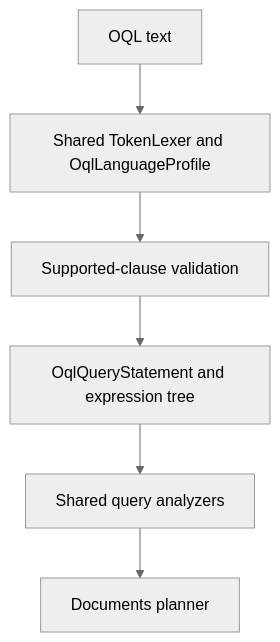
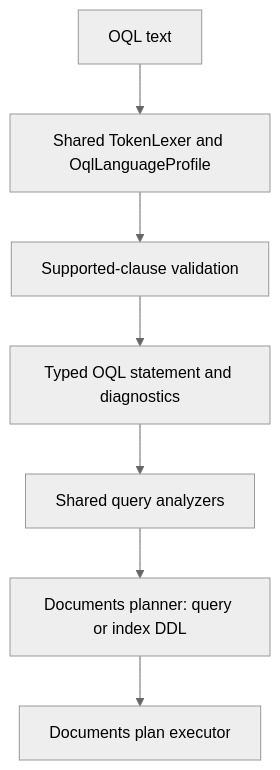
The diagram in resources/Database/Assimalign.Cohesion.Database.Documents.Language/docs/DESIGN.md (assimalign/cohesion), drawn with Mermaid (neutral theme) before and after one commit. The commit also changed other lines of this file and 32 other files, not shown here.

````diff
--- a/resources/Database/Assimalign.Cohesion.Database.Documents.Language/docs/DESIGN.md
+++ b/resources/Database/Assimalign.Cohesion.Database.Documents.Language/docs/DESIGN.md
@@ -19,8 +22,9 @@
 ```mermaid
 flowchart TD
     Src["OQL text"] --> Lex["Shared TokenLexer and OqlLanguageProfile"]
     Lex --> Cap["Supported-clause validation"]
-    Cap --> Ast["OqlQueryStatement and expression tree"]
+    Cap --> Ast["Typed OQL statement and diagnostics"]
     Ast --> Ana["Shared query analyzers"]
-    Ana --> Plan["Documents planner"]
+    Ana --> Plan["Documents planner: query or index DDL"]
+    Plan --> Exec["Documents plan executor"]
 ```
````
